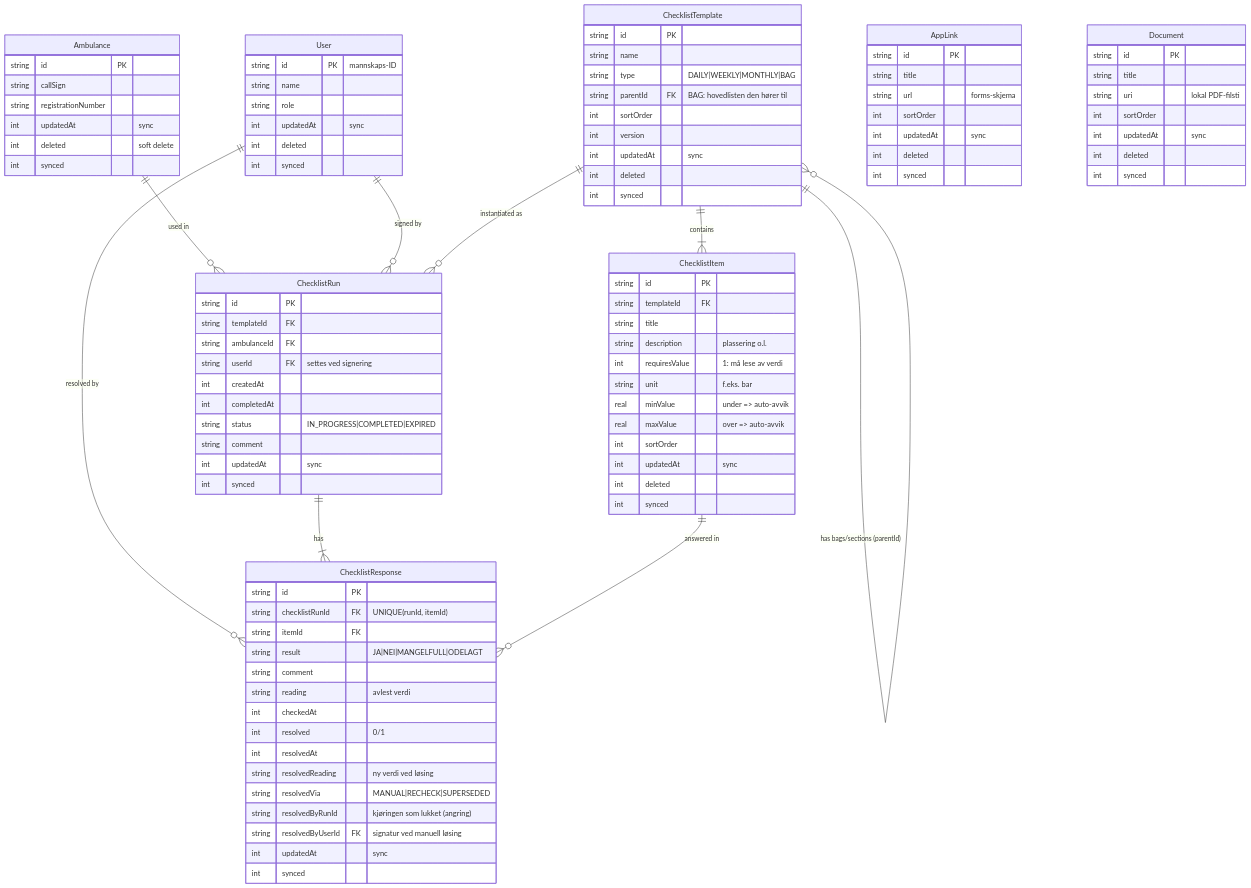
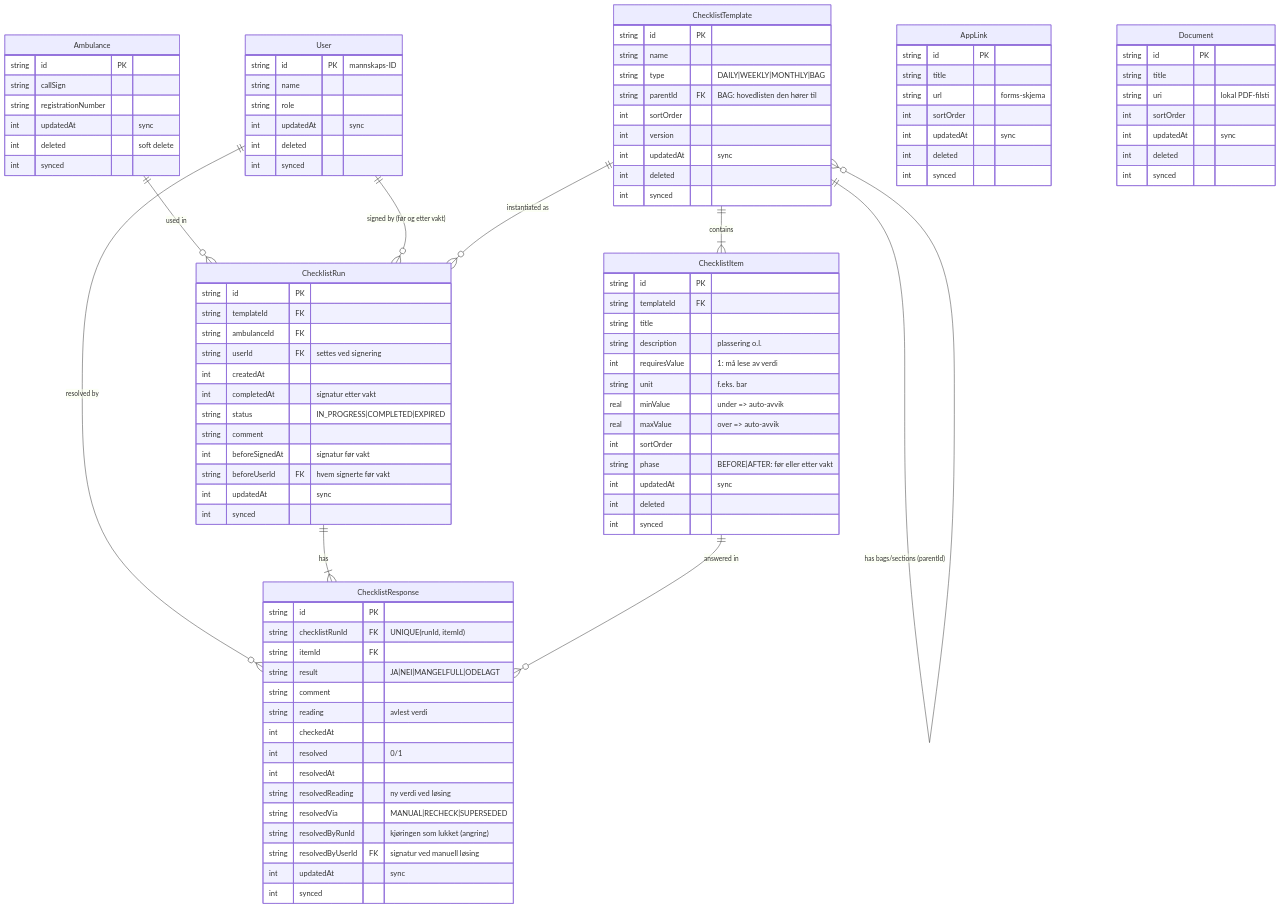
Before and after one commit to Vegardmykle/RedCross-Ambulance: the diagram in diagrams/database.md, drawn with Mermaid. The commit also changed other lines of this file and 3 other files, not shown here.

Commit message:
fix so it show etter vakt signering

````diff
--- a/diagrams/database.md
+++ b/diagrams/database.md
@@ -3,7 +3,7 @@
 ```mermaid
 erDiagram
     Ambulance ||--o{ ChecklistRun : "used in"
-    User ||--o{ ChecklistRun : "signed by"
+    User ||--o{ ChecklistRun : "signed by (før og etter vakt)"
     User ||--o{ ChecklistResponse : "resolved by"
     ChecklistTemplate ||--o{ ChecklistTemplate : "has bags/sections (parentId)"
     ChecklistTemplate ||--|{ ChecklistItem : "contains"
@@ -51,6 +51,7 @@
         real minValue "under => auto-avvik"
         real maxValue "over => auto-avvik"
         int sortOrder
+        string phase "BEFORE|AFTER: før eller etter vakt"
         int updatedAt "sync"
         int deleted
         int synced
@@ -62,9 +63,11 @@
         string ambulanceId FK
         string userId FK "settes ved signering"
         int createdAt
-        int completedAt
+        int completedAt "signatur etter vakt"
         string status "IN_PROGRESS|COMPLETED|EXPIRED"
         string comment
+        int beforeSignedAt "signatur før vakt"
+        string beforeUserId FK "hvem signerte før vakt"
         int updatedAt "sync"
         int synced
     }
````
